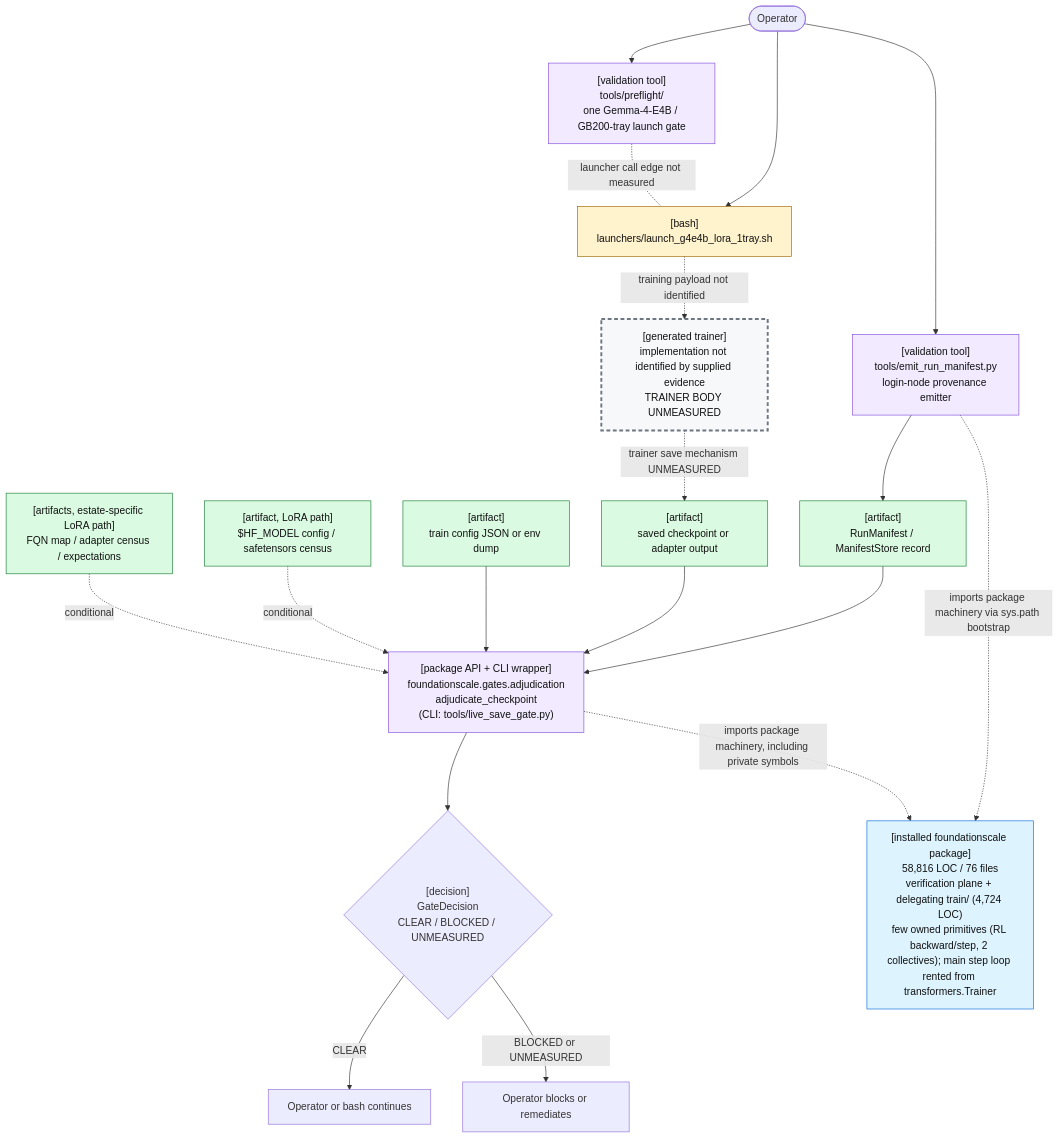
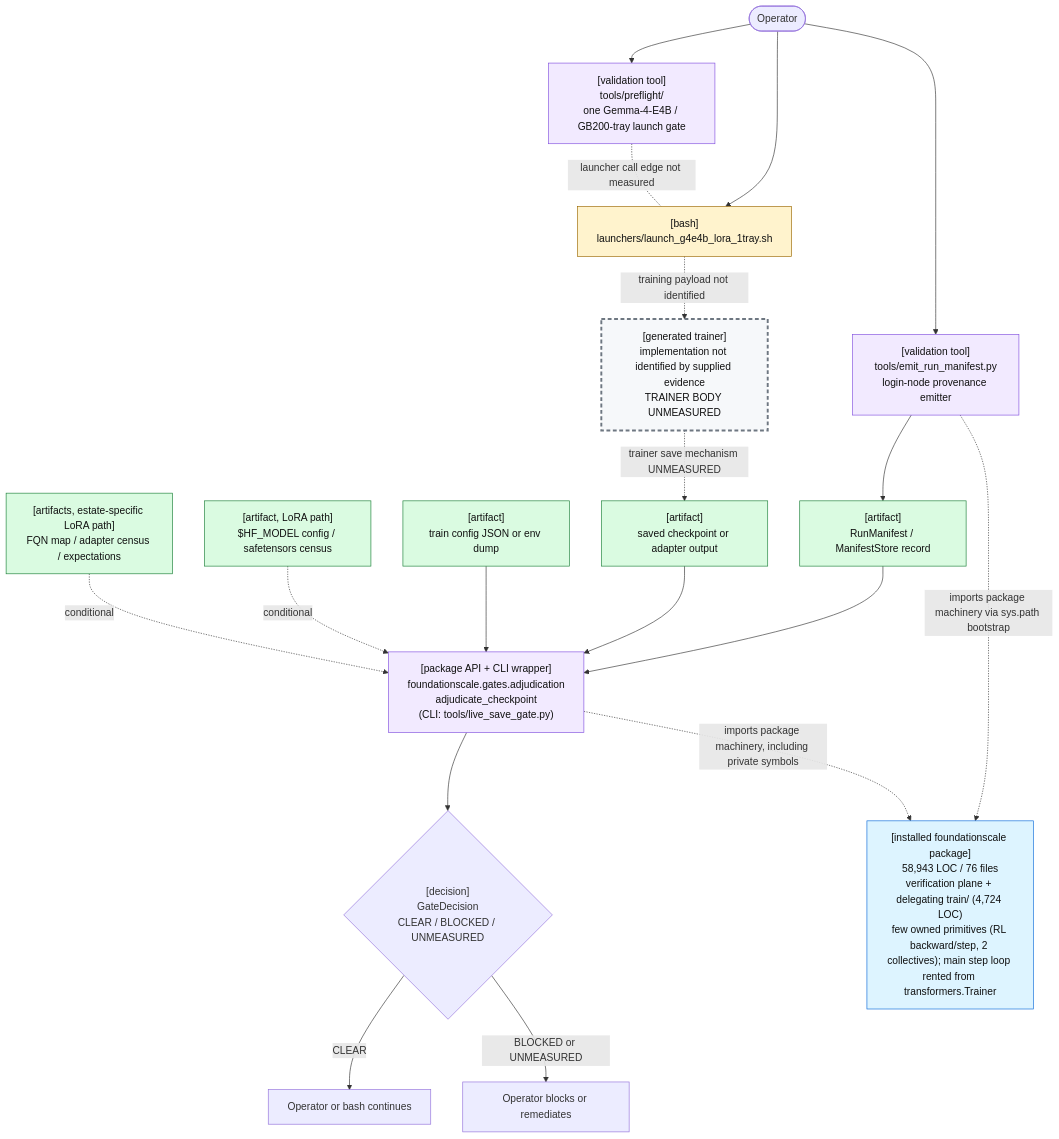
The first of 2 diagrams in docs/review/D2_current_architecture.md (TranNhiem/FoundationScale), drawn with Mermaid before and after one commit. The commit also changed other lines of this file and 18 other files, not shown here.

````diff
--- a/docs/review/D2_current_architecture.md
+++ b/docs/review/D2_current_architecture.md
@@ -25,59 +25,59 @@
 ```mermaid
 flowchart TB
   O(["Operator"])
 
   PF["[validation tool]<br/>tools/preflight/<br/>one Gemma-4-E4B / GB200-tray launch gate"]
   L["[bash]<br/>launchers/launch_g4e4b_lora_1tray.sh"]
 
   E["[validation tool]<br/>tools/emit_run_manifest.py<br/>login-node provenance emitter"]
   M["[artifact]<br/>RunManifest / ManifestStore record"]
 
   T["[generated trainer]<br/>implementation not identified by supplied evidence<br/>TRAINER BODY UNMEASURED"]
   C["[artifact]<br/>saved checkpoint or adapter output"]
 
   G["[package API + CLI wrapper]<br/>foundationscale.gates.adjudication<br/>adjudicate_checkpoint<br/>(CLI: tools/live_save_gate.py)"]
   CFG["[artifact]<br/>train config JSON or env dump"]
   BASE["[artifact, LoRA path]<br/>$HF_MODEL config / safetensors census"]
   CEN["[artifacts, estate-specific LoRA path]<br/>FQN map / adapter census / expectations"]
 
   D{"[decision]<br/>GateDecision<br/>CLEAR / BLOCKED / UNMEASURED"}
   OK["Operator or bash continues"]
   NO["Operator blocks or remediates"]
 
-  PKG["[installed foundationscale package]<br/>58,816 LOC / 76 files<br/>verification plane + delegating train/ (4,724 LOC)<br/>few owned primitives (RL backward/step, 2 collectives); main step loop rented from transformers.Trainer"]
+  PKG["[installed foundationscale package]<br/>58,943 LOC / 76 files<br/>verification plane + delegating train/ (4,724 LOC)<br/>few owned primitives (RL backward/step, 2 collectives); main step loop rented from transformers.Trainer"]
 
   O --> PF
   O --> L
   PF -. "launcher call edge not measured" .- L
 
   O --> E
   E --> M
 
   L -. "training payload not identified" .-> T
   T -. "trainer save mechanism UNMEASURED" .-> C
 
   M --> G
   C --> G
   CFG --> G
   BASE -. "conditional" .-> G
   CEN -. "conditional" .-> G
 
   E -. "imports package machinery via sys.path bootstrap" .-> PKG
   G -. "imports package machinery, including private symbols" .-> PKG
 
   G --> D
   D -->|"CLEAR"| OK
   D -->|"BLOCKED or UNMEASURED"| NO
 
   classDef bash fill:#fff3cd,stroke:#9a6700,color:#111;
   classDef tool fill:#f2eaff,stroke:#8250df,color:#111;
   classDef artifact fill:#dafbe1,stroke:#1a7f37,color:#111;
   classDef gap fill:#f6f8fa,stroke:#6e7781,stroke-width:3px,stroke-dasharray: 6 4,color:#111;
   classDef pkg fill:#ddf4ff,stroke:#0969da,color:#111;
 
   class L bash;
   class PF,E,G tool;
   class M,C,CFG,BASE,CEN artifact;
   class T gap;
   class PKG pkg;
 ```
````
